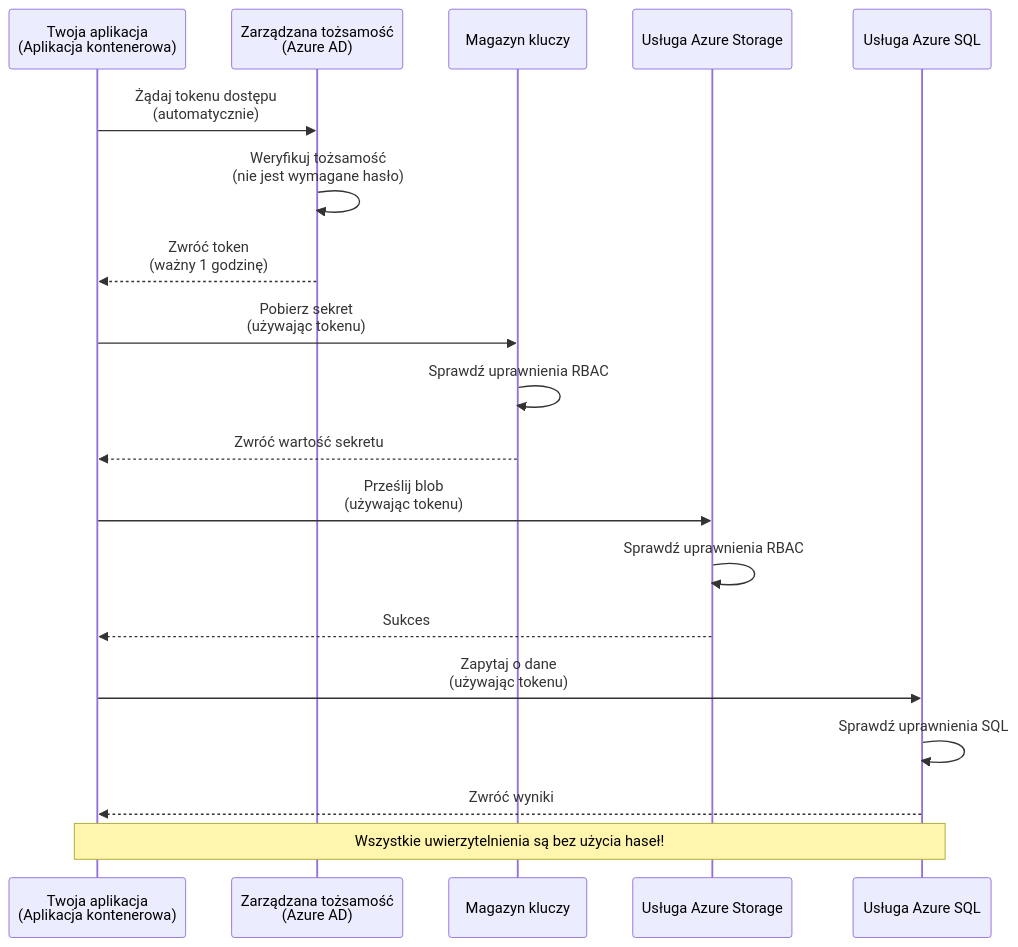
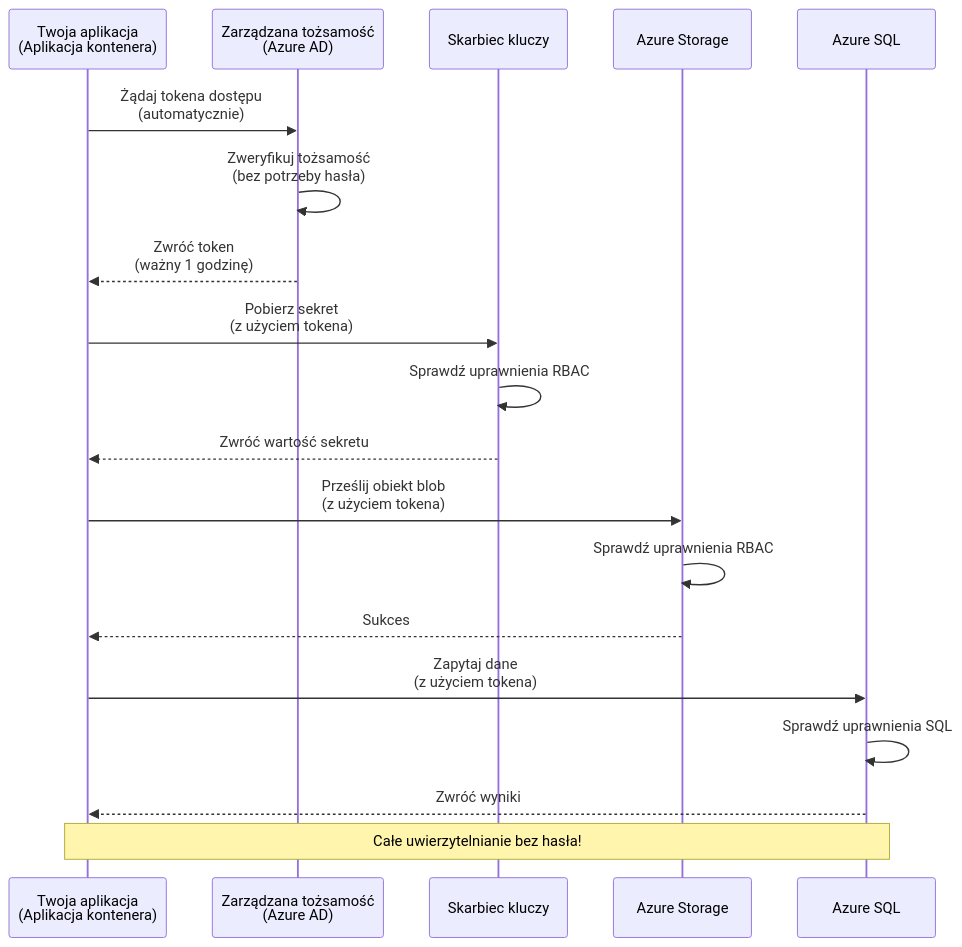
The first of 2 diagrams in translations/pl/docs/chapter-03-configuration/authsecurity.md (microsoft/AZD-for-beginners), drawn with Mermaid before and after one commit. The commit also changed other lines of this file and 101 other files, not shown here.

````diff
--- a/translations/pl/docs/chapter-03-configuration/authsecurity.md
+++ b/translations/pl/docs/chapter-03-configuration/authsecurity.md
@@ -69,26 +69,26 @@
 ```mermaid
 sequenceDiagram
-    participant App as Twoja aplikacja<br/>(Aplikacja kontenerowa)
+    participant App as Twoja aplikacja<br/>(Aplikacja kontenera)
     participant MI as Zarządzana tożsamość<br/>(Azure AD)
-    participant KV as Magazyn kluczy
-    participant Storage as Usługa Azure Storage
-    participant DB as Usługa Azure SQL
+    participant KV as Skarbiec kluczy
+    participant Storage as Azure Storage
+    participant DB as Azure SQL
     
-    App->>MI: Żądaj tokenu dostępu<br/>(automatycznie)
-    MI->>MI: Weryfikuj tożsamość<br/>(nie jest wymagane hasło)
+    App->>MI: Żądaj tokena dostępu<br/>(automatycznie)
+    MI->>MI: Zweryfikuj tożsamość<br/>(bez potrzeby hasła)
     MI-->>App: Zwróć token<br/>(ważny 1 godzinę)
     
-    App->>KV: Pobierz sekret<br/>(używając tokenu)
+    App->>KV: Pobierz sekret<br/>(z użyciem tokena)
     KV->>KV: Sprawdź uprawnienia RBAC
     KV-->>App: Zwróć wartość sekretu
     
-    App->>Storage: Prześlij blob<br/>(używając tokenu)
+    App->>Storage: Prześlij obiekt blob<br/>(z użyciem tokena)
     Storage->>Storage: Sprawdź uprawnienia RBAC
     Storage-->>App: Sukces
     
-    App->>DB: Zapytaj o dane<br/>(używając tokenu)
+    App->>DB: Zapytaj dane<br/>(z użyciem tokena)
     DB->>DB: Sprawdź uprawnienia SQL
     DB-->>App: Zwróć wyniki
     
-    Note over App,DB: Wszystkie uwierzytelnienia są bez użycia haseł!
+    Note over App,DB: Całe uwierzytelnianie bez hasła!
 ```
````
